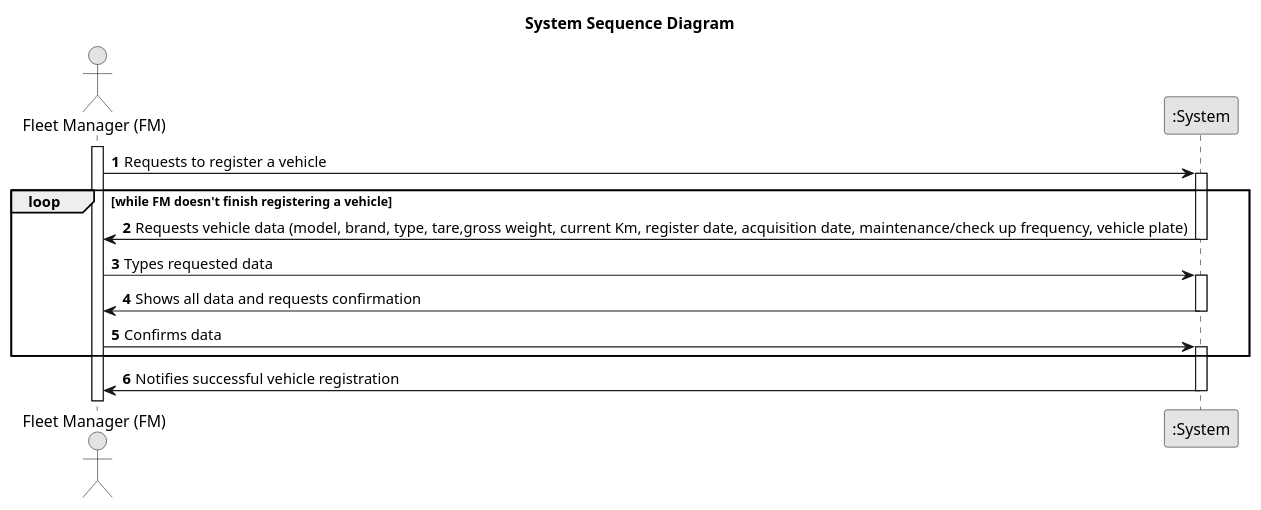
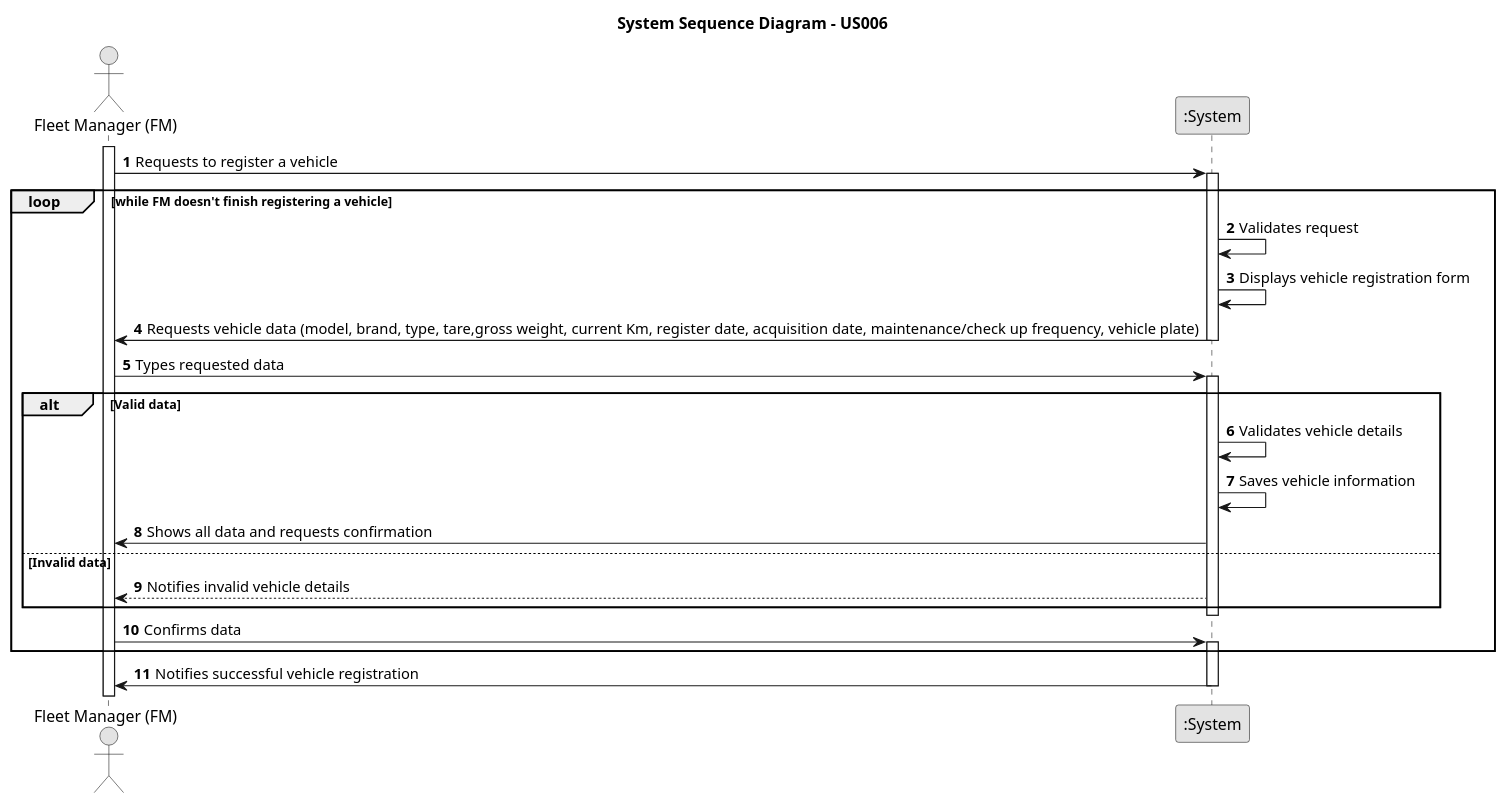
The diagram in docs/sprintA/us006/01.requirements-engineering/puml/us006-system-sequence-diagram-alternative-one.puml (RicardoMorim/lapr2-ISEP-Project), drawn with PlantUML before and after one commit. The commit also changed 5 other files, not shown here.

Commit message:
Updated us06 system sequence diagram

```diff
--- a/docs/sprintA/us006/01.requirements-engineering/puml/us006-system-sequence-diagram-alternative-one.puml
+++ b/docs/sprintA/us006/01.requirements-engineering/puml/us006-system-sequence-diagram-alternative-one.puml
@@ -1,28 +1,38 @@
 @startuml
 skinparam monochrome true
 skinparam packageStyle rectangle
 skinparam shadowing false
 
 actor "Fleet Manager (FM)" as FM
 participant ":System" as System
 autonumber
 
-title System Sequence Diagram
+title System Sequence Diagram - US006
 activate FM
 
 FM -> System : Requests to register a vehicle
 loop while FM doesn't finish registering a vehicle
 activate System
 
+System -> System: Validates request
+    System -> System: Displays vehicle registration form
     System -> FM : Requests vehicle data (model, brand, type, tare,gross weight, current Km, register date, acquisition date, maintenance/check up frequency, vehicle plate)
+
 deactivate System
     FM -> System : Types requested data
     activate System
+alt Valid data
+System -> System: Validates vehicle details
+    System -> System: Saves vehicle information
     System -> FM : Shows all data and requests confirmation
+else Invalid data
+System --> FM: Notifies invalid vehicle details
+end
 deactivate System
     FM -> System : Confirms data
     activate System
 end
     System -> FM: Notifies successful vehicle registration
 deactivate System
+
 @enduml
```
